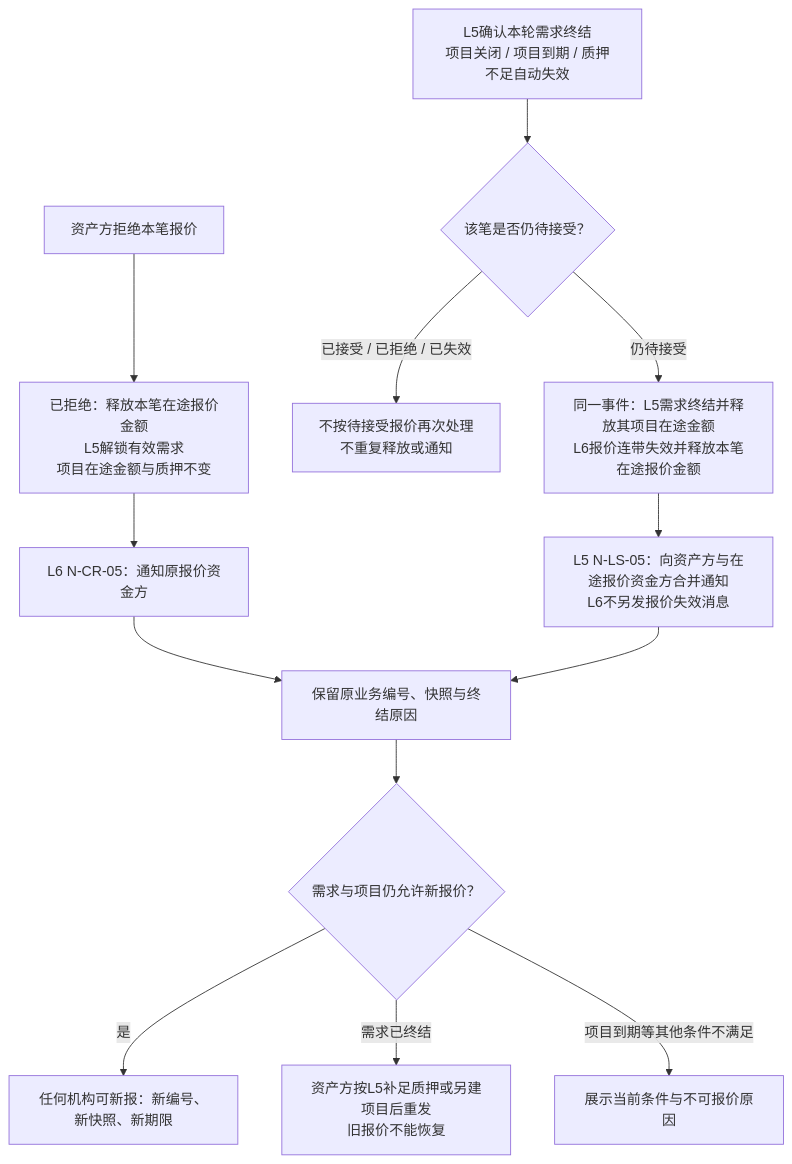
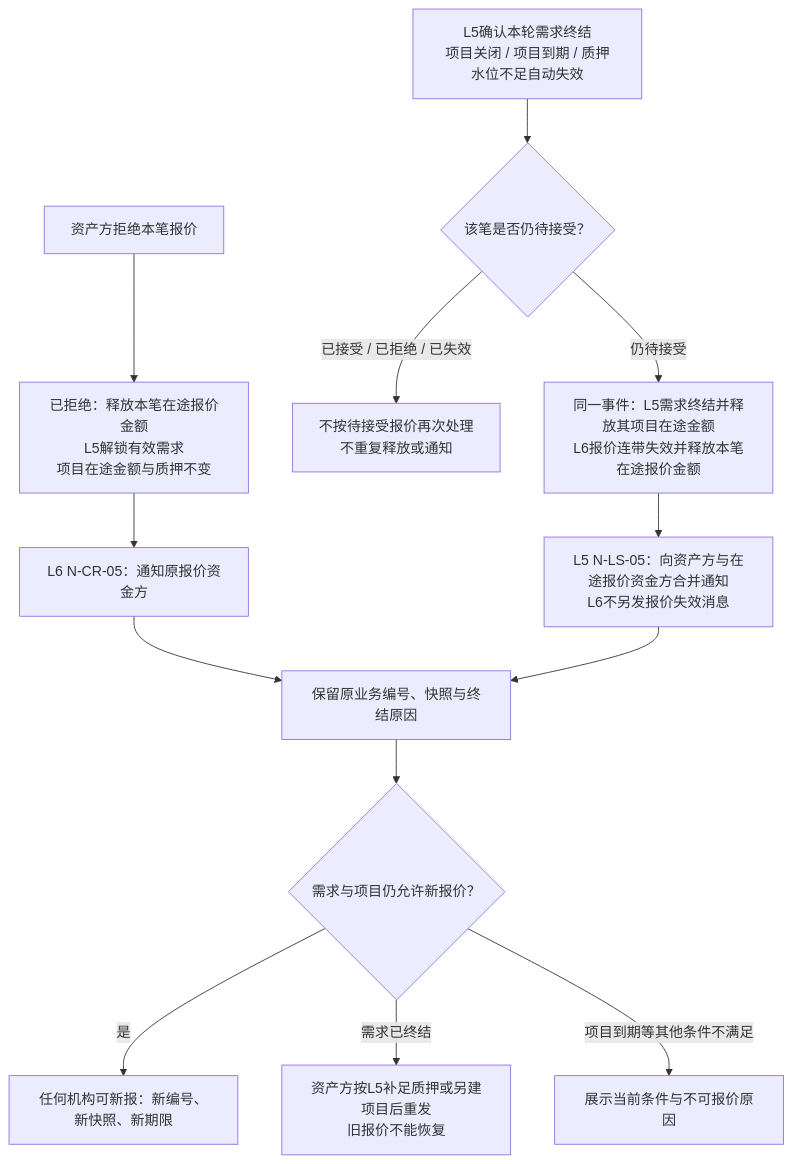
Before and after one commit to wxblockchain/Chain-Financing: the third of 8 diagrams in lending-platform/PRD/面客端/06-借贷广场-授信报价与接受拒绝/02-授信报价与接受拒绝-流程图与状态机.md, drawn with Mermaid. The commit also changed 9 other files, not shown here.

````diff
--- a/lending-platform/PRD/面客端/06-借贷广场-授信报价与接受拒绝/02-授信报价与接受拒绝-流程图与状态机.md
+++ b/lending-platform/PRD/面客端/06-借贷广场-授信报价与接受拒绝/02-授信报价与接受拒绝-流程图与状态机.md
@@ -73,15 +73,15 @@
 ```mermaid
 flowchart TD
   A["资产方拒绝本笔报价"] --> A1["已拒绝：释放本笔在途报价金额<br/>L5解锁有效需求<br/>项目在途金额与质押不变"]
-  B["L5确认本轮需求终结<br/>项目关闭 / 项目到期 / 质押不足自动失效"] --> C{"该笔是否仍待接受？"}
+  B["L5确认本轮需求终结<br/>项目关闭 / 项目到期 / 质押水位不足自动失效"] --> C{"该笔是否仍待接受？"}
   C -- "已接受 / 已拒绝 / 已失效" --> N["不按待接受报价再次处理<br/>不重复释放或通知"]
   C -- "仍待接受" --> F["同一事件：L5需求终结并释放其项目在途金额<br/>L6报价连带失效并释放本笔在途报价金额"]
   F --> F1["L5 N-LS-05：向资产方与在途报价资金方合并通知<br/>L6不另发报价失效消息"]
   A1 --> A2["L6 N-CR-05：通知原报价资金方"]
   A2 --> G["保留原业务编号、快照与终结原因"]
   F1 --> G
   G --> H{"需求与项目仍允许新报价？"}
   H -- "是" --> I["任何机构可新报：新编号、新快照、新期限"]
   H -- "需求已终结" --> J["资产方按L5补足质押或另建项目后重发<br/>旧报价不能恢复"]
   H -- "项目到期等其他条件不满足" --> K["展示当前条件与不可报价原因"]
 ```
````
